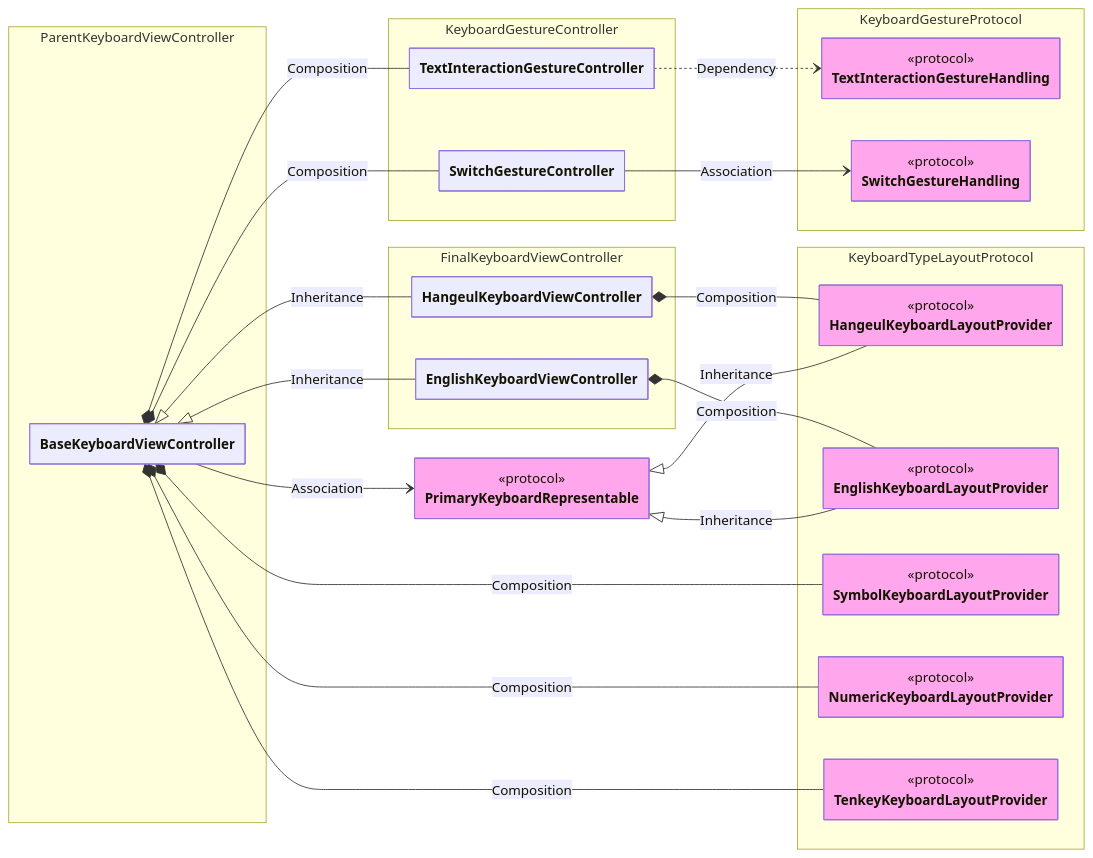
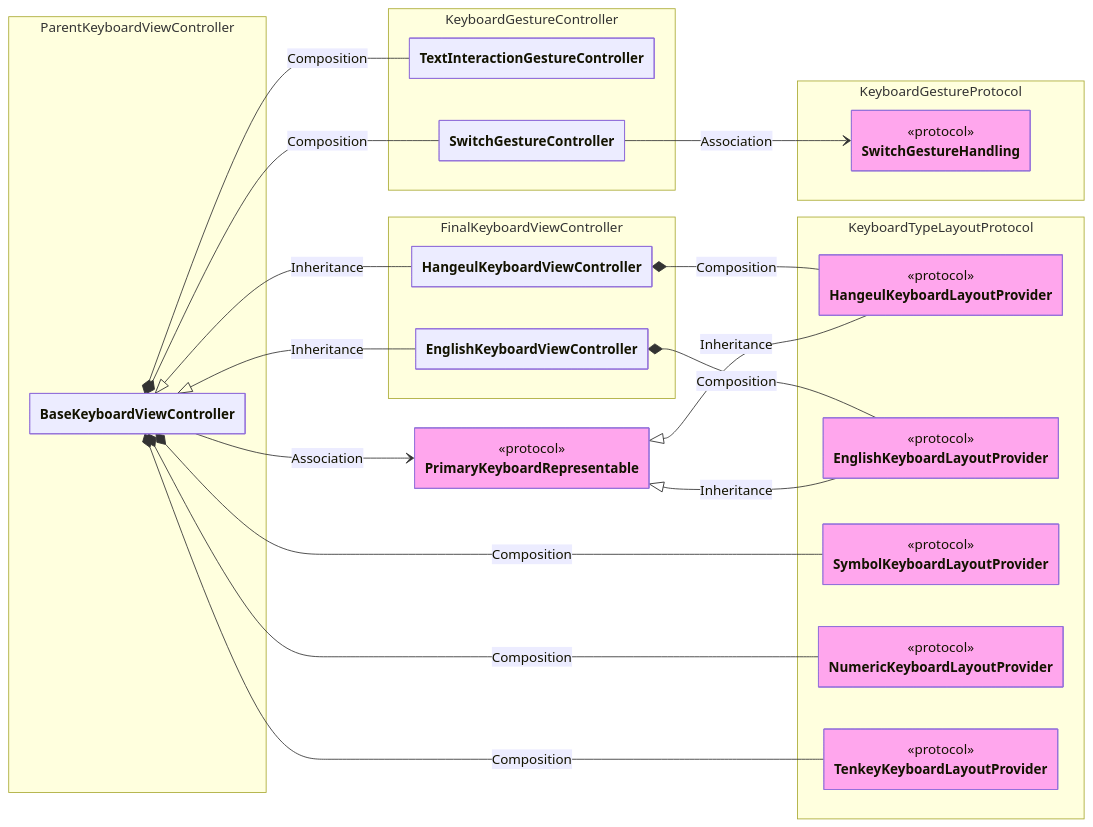
One commit to SNMac/SYKeyboard changed the first of 3 diagrams in README.md. Above: the diagram before and after it, drawn with Mermaid. The commit also changed other lines of this file, not shown here.

````diff
--- a/README.md
+++ b/README.md
@@ -359,77 +359,74 @@
 ``` mermaid
 %%{
   init: {
     "theme": "default",
     "fontFamily": "monospace",
     "elk": {
         "mergeEdges": false,
         "nodePlacementStrategy": "BRANDES_KOEPF",
         "forceNodeModelOrder": false,
         "considerModelOrder": "NODES_AND_EDGES"
     },
     "class": {
         "hideEmptyMembersBox": true
     }
   }
 }%%
 classDiagram
 direction LR
     %% Keyboard Type
     namespace KeyboardGestureController {
       class TextInteractionGestureController
       class SwitchGestureController
     }
 
     namespace KeyboardGestureProtocol {
-      class TextInteractionGestureHandling
       class SwitchGestureHandling
     }
 
     namespace KeyboardTypeLayoutProtocol {
       class HangeulKeyboardLayoutProvider
       class EnglishKeyboardLayoutProvider
       class SymbolKeyboardLayoutProvider
       class NumericKeyboardLayoutProvider
       class TenkeyKeyboardLayoutProvider
     }
 
     namespace ParentKeyboardViewController {
       class BaseKeyboardViewController
     }
 
     namespace FinalKeyboardViewController {
       class HangeulKeyboardViewController
       class EnglishKeyboardViewController
     }
 
-    class TextInteractionGestureHandling:::SYKeyboard_primary { <<protocol>> }
     class SwitchGestureHandling:::SYKeyboard_primary { <<protocol>> }
     class PrimaryKeyboardRepresentable:::SYKeyboard_primary { <<protocol>> }
     class HangeulKeyboardLayoutProvider:::SYKeyboard_primary { <<protocol>> }
     class EnglishKeyboardLayoutProvider:::SYKeyboard_primary { <<protocol>> }
     class SymbolKeyboardLayoutProvider:::SYKeyboard_primary { <<protocol>> }
     class NumericKeyboardLayoutProvider:::SYKeyboard_primary { <<protocol>> }
     class TenkeyKeyboardLayoutProvider:::SYKeyboard_primary { <<protocol>> }
 
     BaseKeyboardViewController --> PrimaryKeyboardRepresentable: Association
     BaseKeyboardViewController *-- SymbolKeyboardLayoutProvider: Composition
     BaseKeyboardViewController *-- NumericKeyboardLayoutProvider: Composition
     BaseKeyboardViewController *-- TenkeyKeyboardLayoutProvider: Composition
 
     BaseKeyboardViewController *-- TextInteractionGestureController: Composition
     BaseKeyboardViewController *-- SwitchGestureController: Composition
 
-    TextInteractionGestureController ..> TextInteractionGestureHandling: Dependency
     SwitchGestureController --> SwitchGestureHandling: Association
 
     BaseKeyboardViewController <|-- HangeulKeyboardViewController: Inheritance
     BaseKeyboardViewController <|-- EnglishKeyboardViewController: Inheritance
 
     HangeulKeyboardViewController *-- HangeulKeyboardLayoutProvider: Composition
     PrimaryKeyboardRepresentable <|-- HangeulKeyboardLayoutProvider: Inheritance
 
     EnglishKeyboardViewController *-- EnglishKeyboardLayoutProvider: Composition
     PrimaryKeyboardRepresentable <|-- EnglishKeyboardLayoutProvider: Inheritance
 
     classDef SYKeyboard_primary fill:#ffa6ed
 ```
````
